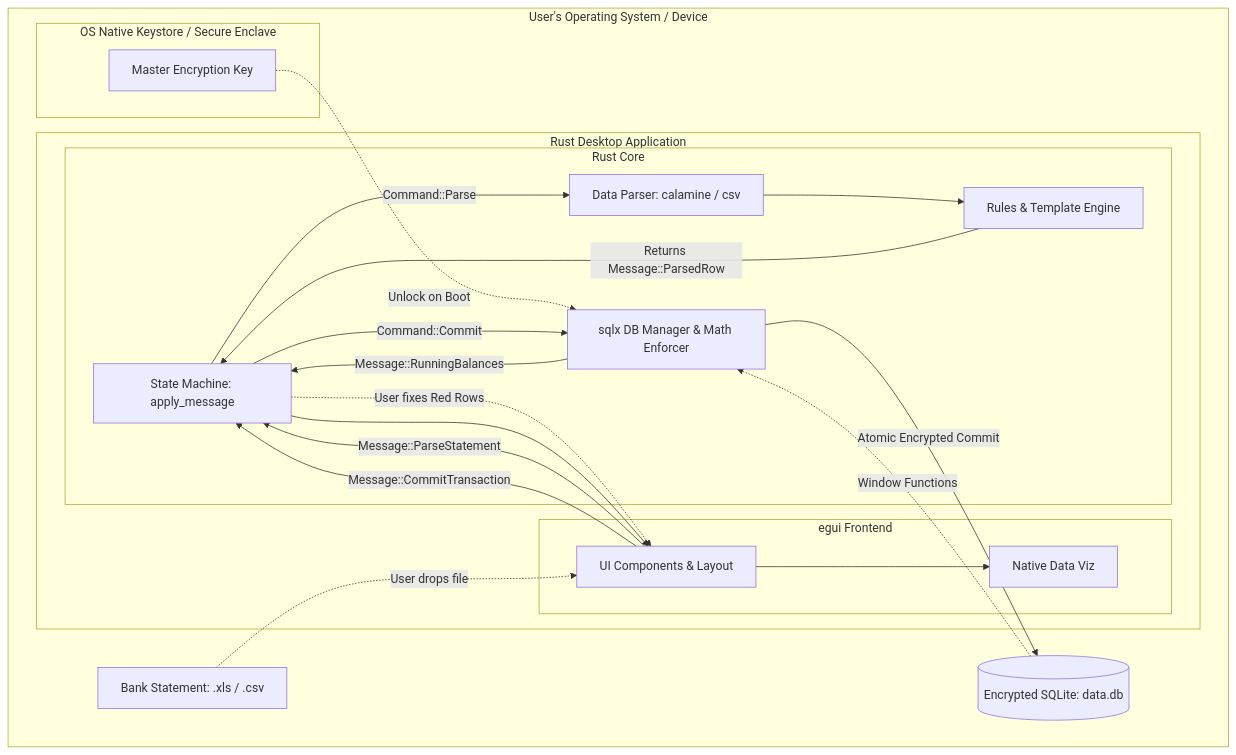
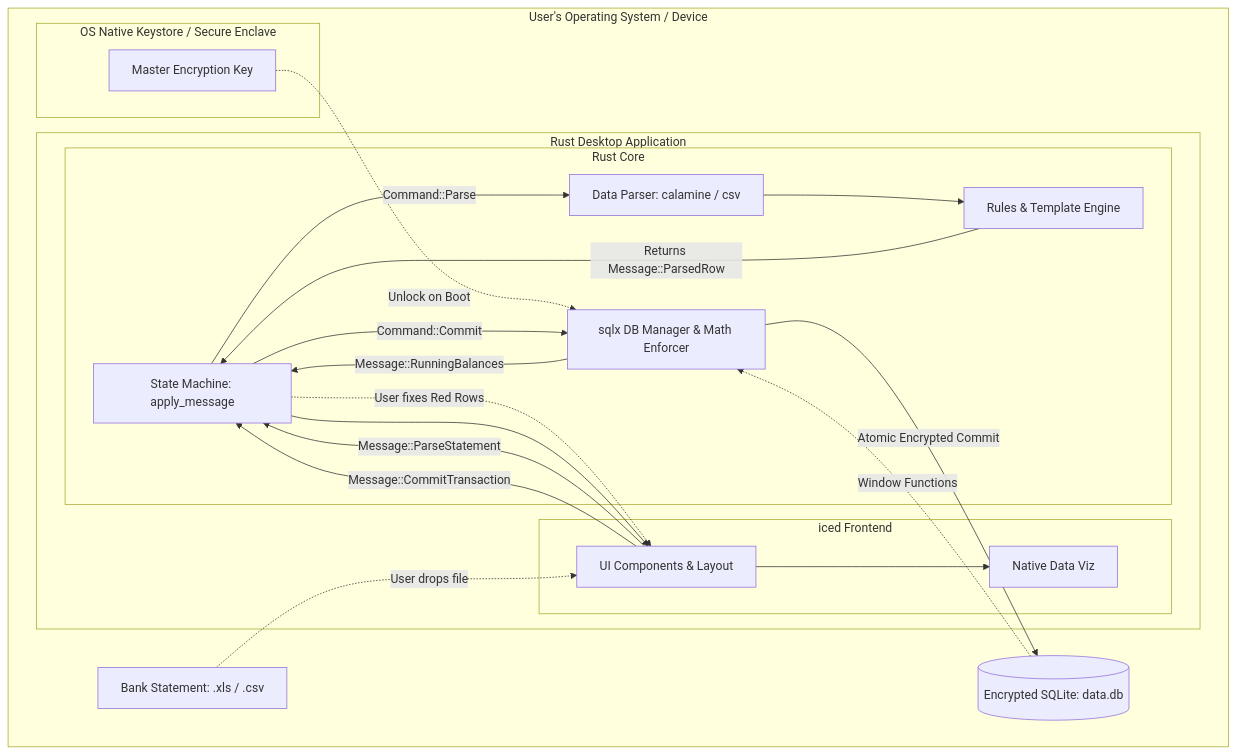
One commit to kitswas/personal changed the diagram in blueprint.md. Above: the diagram before and after it, drawn with Mermaid. The commit also changed other lines of this file and 15 other files, not shown here.

First line of the commit message:
refactor: migrate frontend from `egui` to `iced` for improved UI architecture

````diff
--- a/blueprint.md
+++ b/blueprint.md
@@ -23,41 +23,41 @@
 ```mermaid
 graph TD
     subgraph OS [User's Operating System / Device]
         subgraph Keystore [OS Native Keystore / Secure Enclave]
             Key[Master Encryption Key]
         end
 
         subgraph RustApp [Rust Desktop Application]
-            subgraph Frontend [egui Frontend]
+            subgraph Frontend [iced Frontend]
                 UI[UI Components & Layout]
                 Charts[Native Data Viz]
             end
 
             subgraph Backend [Rust Core]
                 State[State Machine: apply_message]
                 Parser[Data Parser: calamine / csv]
                 Rules[Rules & Template Engine]
                 DB_Enforcer[sqlx DB Manager & Math Enforcer]
             end
         end
 
         DB[(Encrypted SQLite: data.db)]
         XLS[Bank Statement: .xls / .csv]
     end
 
     Key -.->|Unlock on Boot| DB_Enforcer
     XLS -.->|User drops file| UI
     UI -->|"Message::ParseStatement"| State
     State -->|Command::Parse| Parser
     Parser --> Rules
     Rules -->|"Returns Message::ParsedRow"| State
     State -.->|User fixes Red Rows| UI
     UI -->|"Message::CommitTransaction"| State
     State -->|Command::Commit| DB_Enforcer
     DB_Enforcer -->|Atomic Encrypted Commit| DB
     DB -.->|Window Functions| DB_Enforcer
     DB_Enforcer -->|"Message::RunningBalances"| State
     State --> UI
     UI --> Charts
 
 ```
````
